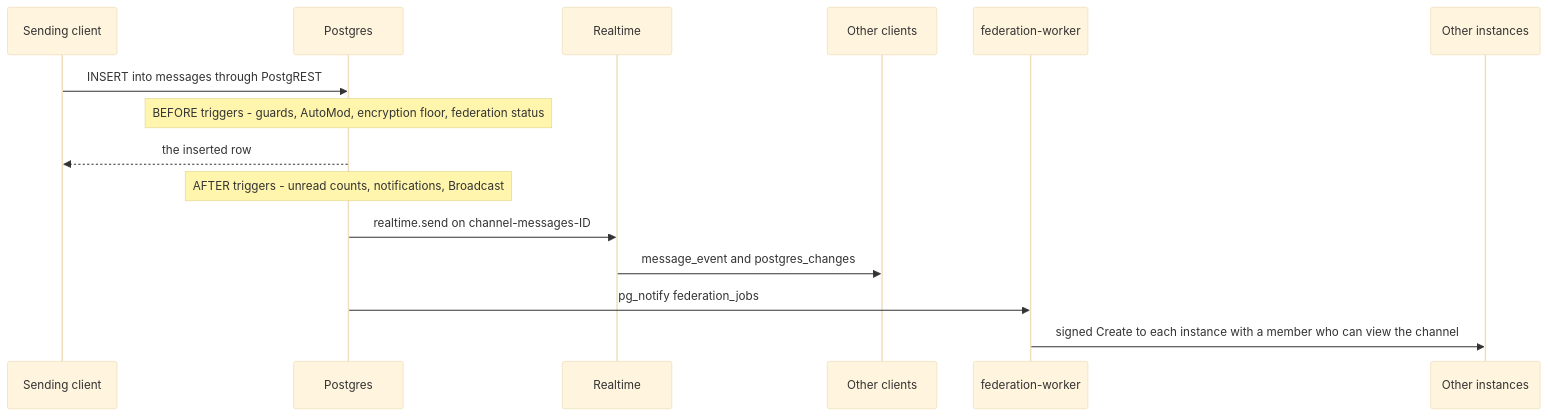
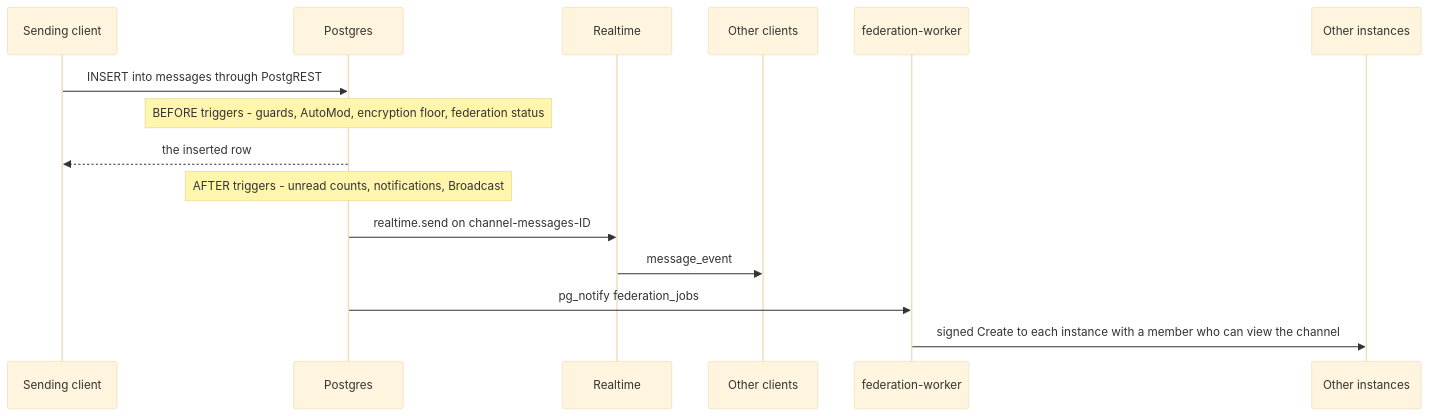
Before and after one commit to y4my4my4m/harmony: the second of 2 diagrams in docs/contribute/architecture.md, drawn with Mermaid (base theme). The commit also changed other lines of this file and 12 other files, not shown here.

````diff
--- a/docs/contribute/architecture.md
+++ b/docs/contribute/architecture.md
@@ -87,17 +87,17 @@
 ```mermaid
 sequenceDiagram
   participant A as Sending client
   participant DB as Postgres
   participant RT as Realtime
   participant B as Other clients
   participant W as federation-worker
   participant R as Other instances
   A->>DB: INSERT into messages through PostgREST
   Note over DB: BEFORE triggers - guards, AutoMod, encryption floor, federation status
   DB-->>A: the inserted row
   Note over DB: AFTER triggers - unread counts, notifications, Broadcast
   DB->>RT: realtime.send on channel-messages-ID
-  RT->>B: message_event and postgres_changes
+  RT->>B: message_event
   DB->>W: pg_notify federation_jobs
   W->>R: signed Create to each instance with a member who can view the channel
 ```
````
